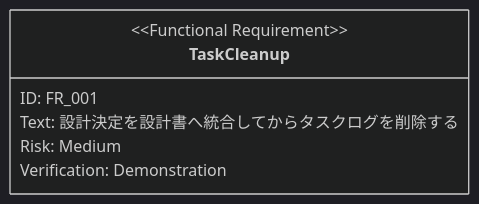
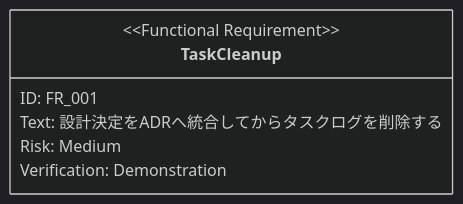
The second of 2 diagrams in .sdd/requirement/task-implementation/task-cleanup.md (ToshikiImagawa/ai-sdd-workflow-dev), drawn with Mermaid before and after one commit. The commit also changed other lines of this file and 13 other files, not shown here.

````diff
--- a/.sdd/requirement/task-implementation/task-cleanup.md
+++ b/.sdd/requirement/task-implementation/task-cleanup.md
@@ -64,10 +66,10 @@
 ```mermaid
 %%{init: {'theme': 'dark'}}%%
 requirementDiagram
     functionalRequirement TaskCleanup {
         id: FR_001
-        text: "設計決定を設計書へ統合してからタスクログを削除する"
+        text: "設計決定をADRへ統合してからタスクログを削除する"
         risk: medium
         verifymethod: demonstration
     }
 ```
````
